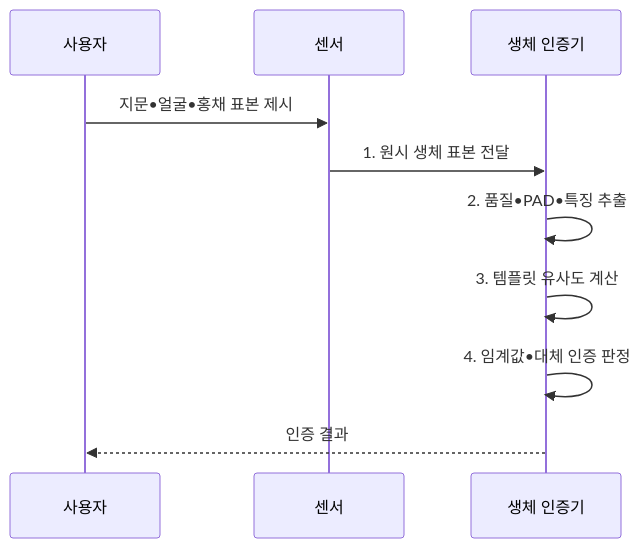
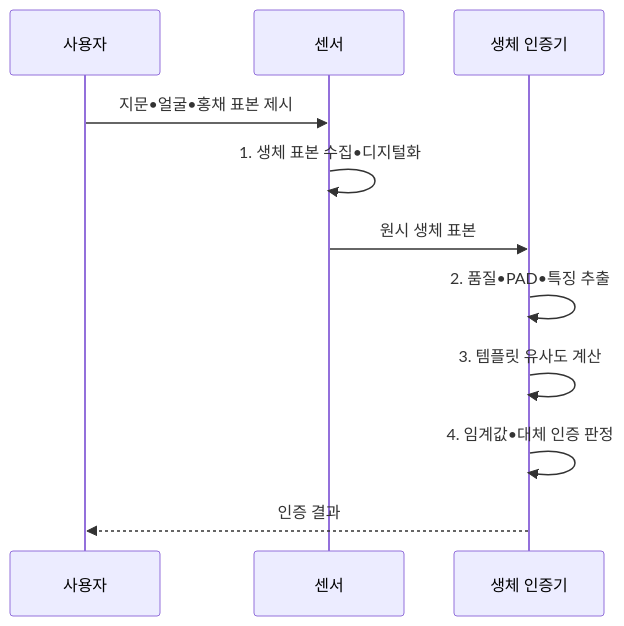
The second of 2 diagrams in src/content/docs/notes/05-security/070_biometric.md (agnusdei1207/knowledge-base), drawn with Mermaid before and after one commit. The commit also changed other lines of this file and 20 other files, not shown here.

````diff
--- a/src/content/docs/notes/05-security/070_biometric.md
+++ b/src/content/docs/notes/05-security/070_biometric.md
@@ -106,12 +106,13 @@
 ```mermaid
 sequenceDiagram
     participant U as 사용자
     participant S as 센서
     participant A as 생체 인증기
     U->>S: 지문•얼굴•홍채 표본 제시
-    S->>A: 1. 원시 생체 표본 전달
+    S->>S: 1. 생체 표본 수집•디지털화
+    S->>A: 원시 생체 표본
     A->>A: 2. 품질•PAD•특징 추출
     A->>A: 3. 템플릿 유사도 계산
     A->>A: 4. 임계값•대체 인증 판정
     A-->>U: 인증 결과
 ```
````
